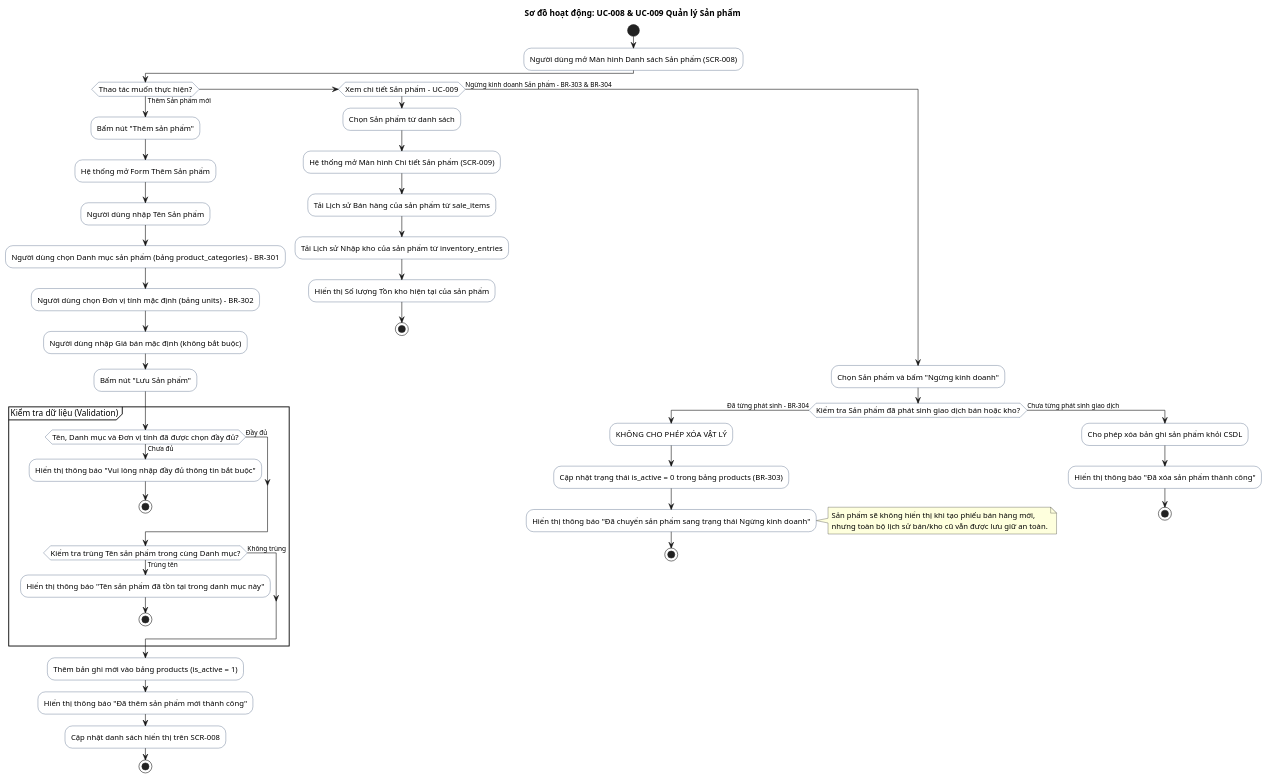
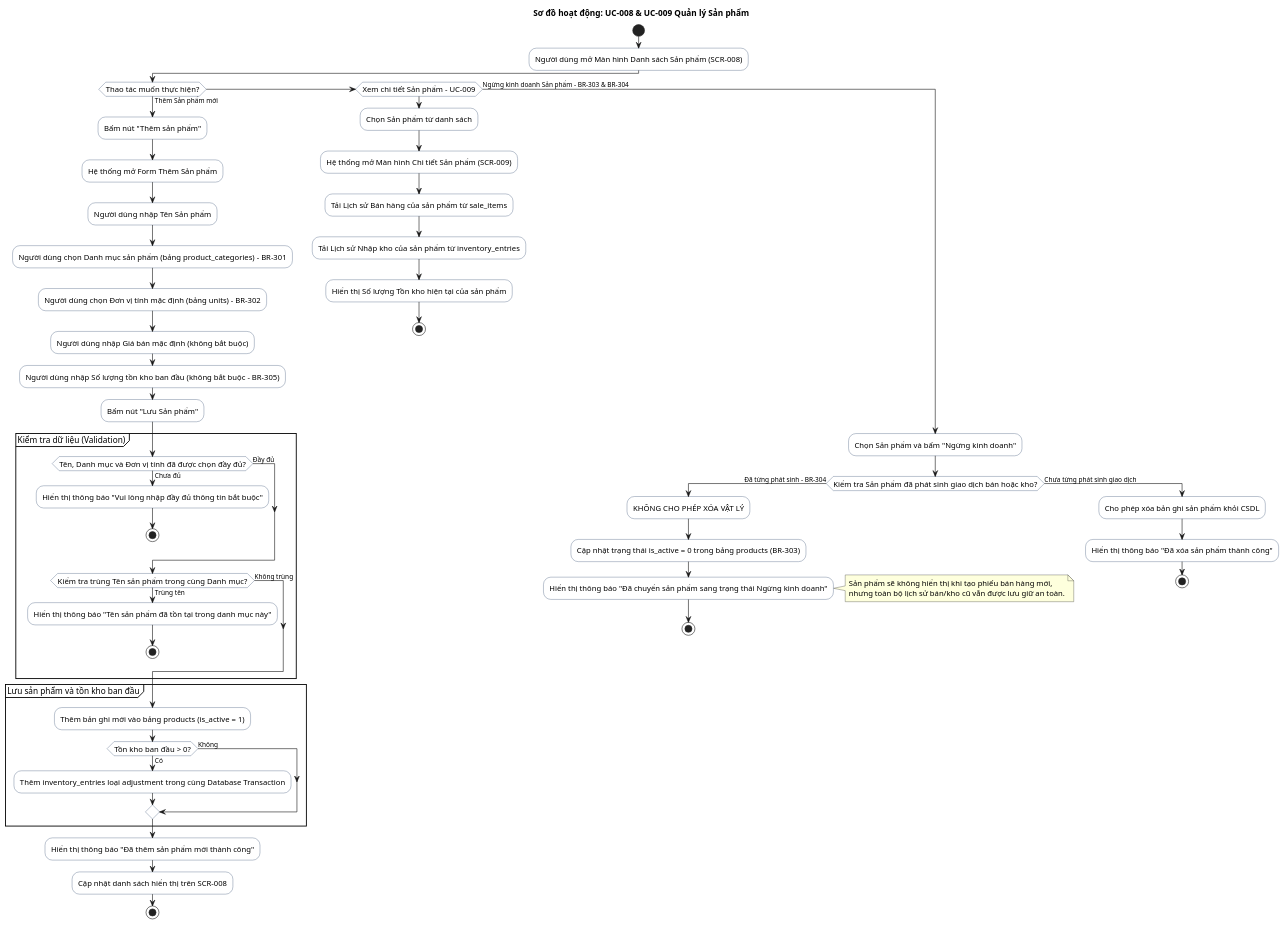
One commit to nhattoan235/FishBusinessManager changed the diagram in docs/ActivityDiagram/10_Product_Management.md. Above: the diagram before and after it, drawn with PlantUML. The commit also changed other lines of this file and 29 other files, not shown here.

````diff
--- a/docs/ActivityDiagram/10_Product_Management.md
+++ b/docs/ActivityDiagram/10_Product_Management.md
@@ -19,64 +19,71 @@
 ```plantuml
 @startuml
 title Sơ đồ hoạt động: UC-008 & UC-009 Quản lý Sản phẩm
 
 skinparam ActivityBackgroundColor #FFFFFF
 skinparam ActivityBorderColor #1A365D
 skinparam ActivityFontName Arial
 skinparam ActivityFontSize 13
 
 start
 :Người dùng mở Màn hình Danh sách Sản phẩm (SCR-008);
 
 if (Thao tác muốn thực hiện?) then (Thêm Sản phẩm mới)
   :Bấm nút "Thêm sản phẩm";
   :Hệ thống mở Form Thêm Sản phẩm;
   :Người dùng nhập Tên Sản phẩm;
   :Người dùng chọn Danh mục sản phẩm (bảng product_categories) - BR-301;
   :Người dùng chọn Đơn vị tính mặc định (bảng units) - BR-302;
   :Người dùng nhập Giá bán mặc định (không bắt buộc);
+  :Người dùng nhập Số lượng tồn kho ban đầu (không bắt buộc - BR-305);
   :Bấm nút "Lưu Sản phẩm";
 
   partition "Kiểm tra dữ liệu (Validation)" {
     if (Tên, Danh mục và Đơn vị tính đã được chọn đầy đủ?) then (Chưa đủ)
       :Hiển thị thông báo "Vui lòng nhập đầy đủ thông tin bắt buộc";
       stop
     else (Đầy đủ)
     endif
 
     if (Kiểm tra trùng Tên sản phẩm trong cùng Danh mục?) then (Trùng tên)
       :Hiển thị thông báo "Tên sản phẩm đã tồn tại trong danh mục này";
       stop
     else (Không trùng)
     endif
   }
 
-  :Thêm bản ghi mới vào bảng products (is_active = 1);
+  partition "Lưu sản phẩm và tồn kho ban đầu" {
+    :Thêm bản ghi mới vào bảng products (is_active = 1);
+    if (Tồn kho ban đầu > 0?) then (Có)
+      :Thêm inventory_entries loại adjustment trong cùng Database Transaction;
+    else (Không)
+    endif
+  }
   :Hiển thị thông báo "Đã thêm sản phẩm mới thành công";
   :Cập nhật danh sách hiển thị trên SCR-008;
   stop
 
 elseif (Xem chi tiết Sản phẩm - UC-009)
   :Chọn Sản phẩm từ danh sách;
   :Hệ thống mở Màn hình Chi tiết Sản phẩm (SCR-009);
   :Tải Lịch sử Bán hàng của sản phẩm từ sale_items;
   :Tải Lịch sử Nhập kho của sản phẩm từ inventory_entries;
   :Hiển thị Số lượng Tồn kho hiện tại của sản phẩm;
   stop
 
 else (Ngừng kinh doanh Sản phẩm - BR-303 & BR-304)
   :Chọn Sản phẩm và bấm "Ngừng kinh doanh";
   if (Kiểm tra Sản phẩm đã phát sinh giao dịch bán hoặc kho?) then (Đã từng phát sinh - BR-304)
     :KHÔNG CHO PHÉP XÓA VẬT LÝ;
     :Cập nhật trạng thái is_active = 0 trong bảng products (BR-303);
     :Hiển thị thông báo "Đã chuyển sản phẩm sang trạng thái Ngừng kinh doanh";
     note right: Sản phẩm sẽ không hiển thị khi tạo phiếu bán hàng mới,\nnhưng toàn bộ lịch sử bán/kho cũ vẫn được lưu giữ an toàn.
     stop
   else (Chưa từng phát sinh giao dịch)
     :Cho phép xóa bản ghi sản phẩm khỏi CSDL;
     :Hiển thị thông báo "Đã xóa sản phẩm thành công";
     stop
   endif
 endif
 @enduml
 ```
````
